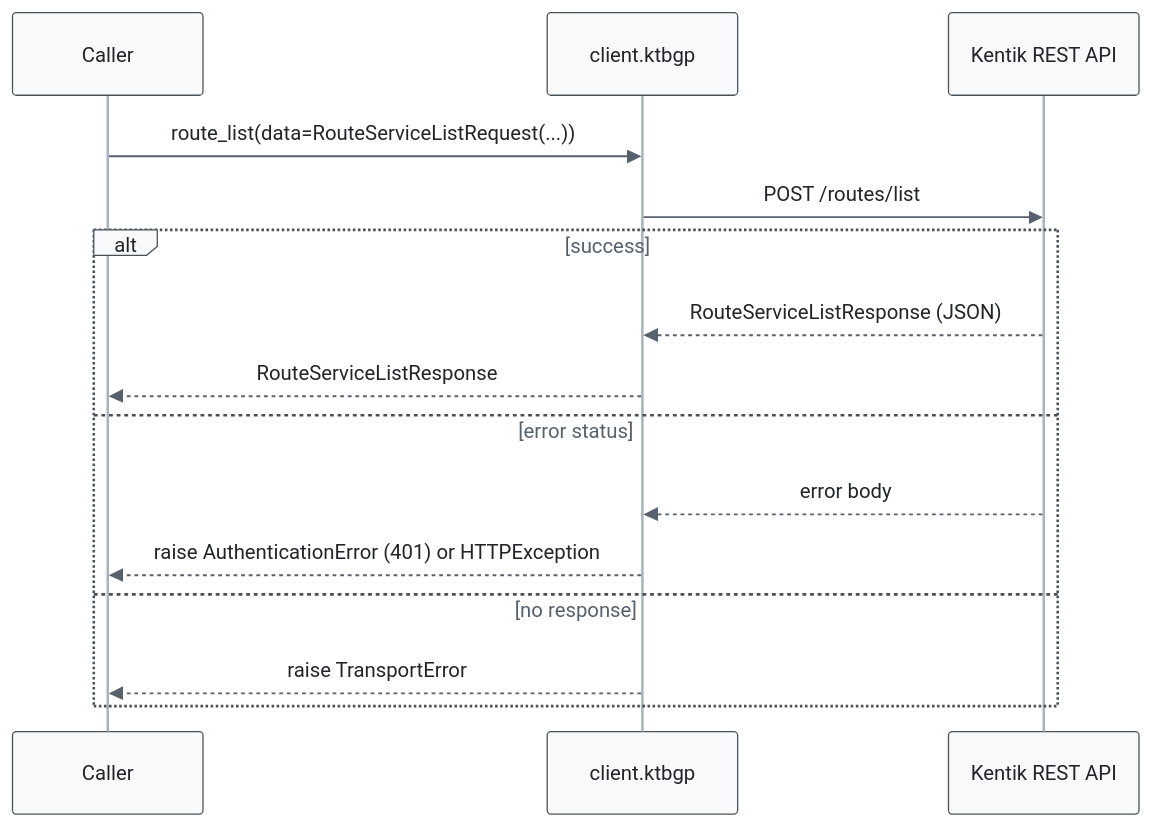
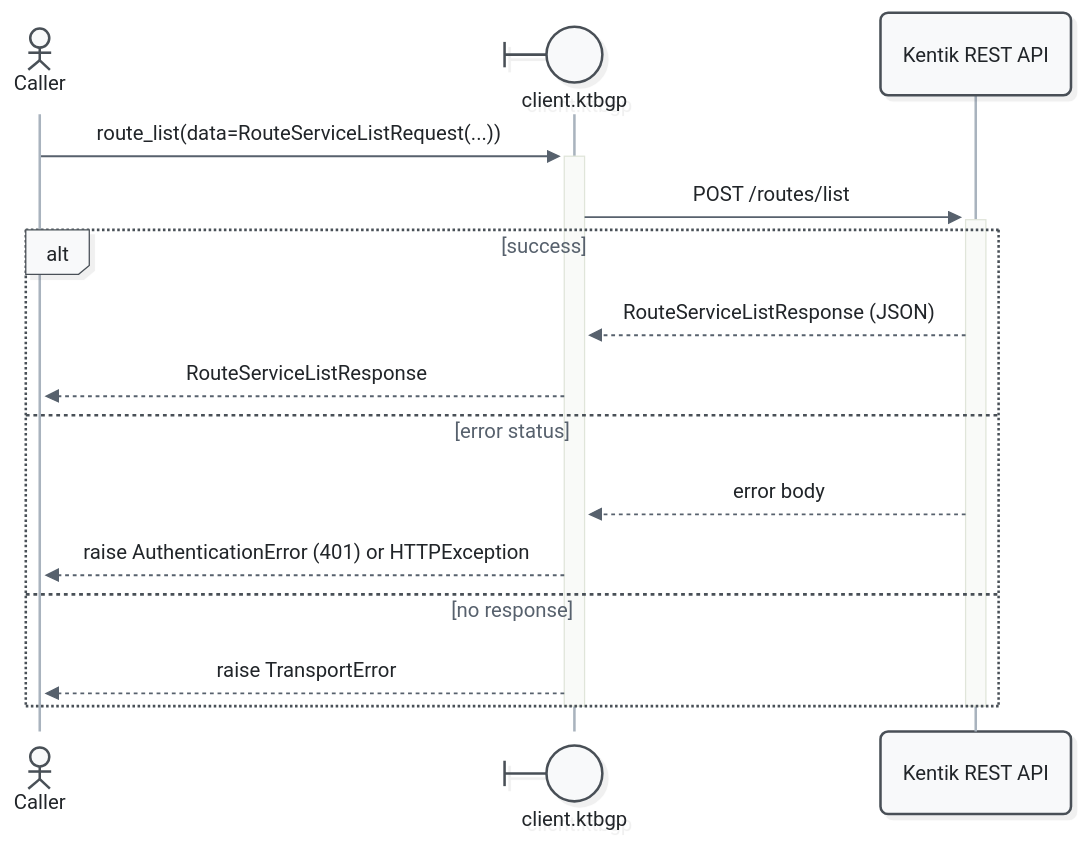
One commit to alexdearaujo/community_sdk_python changed the third of 7 diagrams in docs/sphinx/services/ktbgp.md. Above: the diagram before and after it, drawn with Mermaid. The commit also changed other lines of this file and 52 other files, not shown here.

First line of the commit message:
docs: Mermaid 12 sequence diagrams with participant types and path colors

````diff
--- a/docs/sphinx/services/ktbgp.md
+++ b/docs/sphinx/services/ktbgp.md
@@ -108,19 +113,21 @@
 ```mermaid
-%%{init: {"theme": "base", "fontFamily": "ui-monospace, SFMono-Regular, Menlo, monospace", "themeVariables": {"fontFamily": "ui-monospace, SFMono-Regular, Menlo, monospace", "primaryColor": "#f8f9fa", "primaryBorderColor": "#495057", "primaryTextColor": "#212529", "textColor": "#212529", "lineColor": "#77818c", "edgeLabelBackground": "#ffffff", "actorBkg": "#f8f9fa", "actorBorder": "#495057", "actorTextColor": "#212529", "actorLineColor": "#a9b3be", "signalColor": "#57616d", "signalTextColor": "#212529", "labelBoxBkgColor": "#f8f9fa", "labelBoxBorderColor": "#495057", "labelTextColor": "#212529", "loopTextColor": "#57616d", "noteBkgColor": "#fff9db", "noteBorderColor": "#f08c00", "noteTextColor": "#a35a00"}, "flowchart": {"curve": "step", "nodeSpacing": 30, "rankSpacing": 70, "wrappingWidth": 400}}}%%
+%%{init: {"theme": "redux", "look": "neo", "layout": "dagre", "fontFamily": "ui-monospace, SFMono-Regular, Menlo, monospace", "themeVariables": {"fontFamily": "ui-monospace, SFMono-Regular, Menlo, monospace", "primaryColor": "#f8f9fa", "primaryBorderColor": "#495057", "primaryTextColor": "#212529", "textColor": "#212529", "lineColor": "#77818c", "edgeLabelBackground": "#ffffff", "actorBkg": "#f8f9fa", "actorBorder": "#495057", "actorTextColor": "#212529", "actorLineColor": "#a9b3be", "signalColor": "#57616d", "signalTextColor": "#212529", "labelBoxBkgColor": "#f8f9fa", "labelBoxBorderColor": "#495057", "labelTextColor": "#212529", "loopTextColor": "#57616d", "noteBkgColor": "#fff9db", "noteBorderColor": "#f08c00", "noteTextColor": "#a35a00"}, "sequence": {"activationWidth": 16}, "flowchart": {"curve": "step", "nodeSpacing": 30, "rankSpacing": 70, "wrappingWidth": 400}}}%%
 sequenceDiagram
-    participant C as Caller
-    participant W as client.ktbgp
+    actor C as Caller
+    participant W@{ "type": "boundary" } as client.ktbgp
     participant API as Kentik REST API
 
-    C->>W: route_list(data=RouteServiceListRequest(...))
-    W->>API: POST /routes/list
+    C->>+W: route_list(data=RouteServiceListRequest(...))
+    W->>+API: POST /routes/list
     alt success
         API-->>W: RouteServiceListResponse (JSON)
         W-->>C: RouteServiceListResponse
     else error status
         API-->>W: error body
         W-->>C: raise AuthenticationError (401) or HTTPException
     else no response
         W-->>C: raise TransportError
     end
+    deactivate API
+    deactivate W
 ```
````
